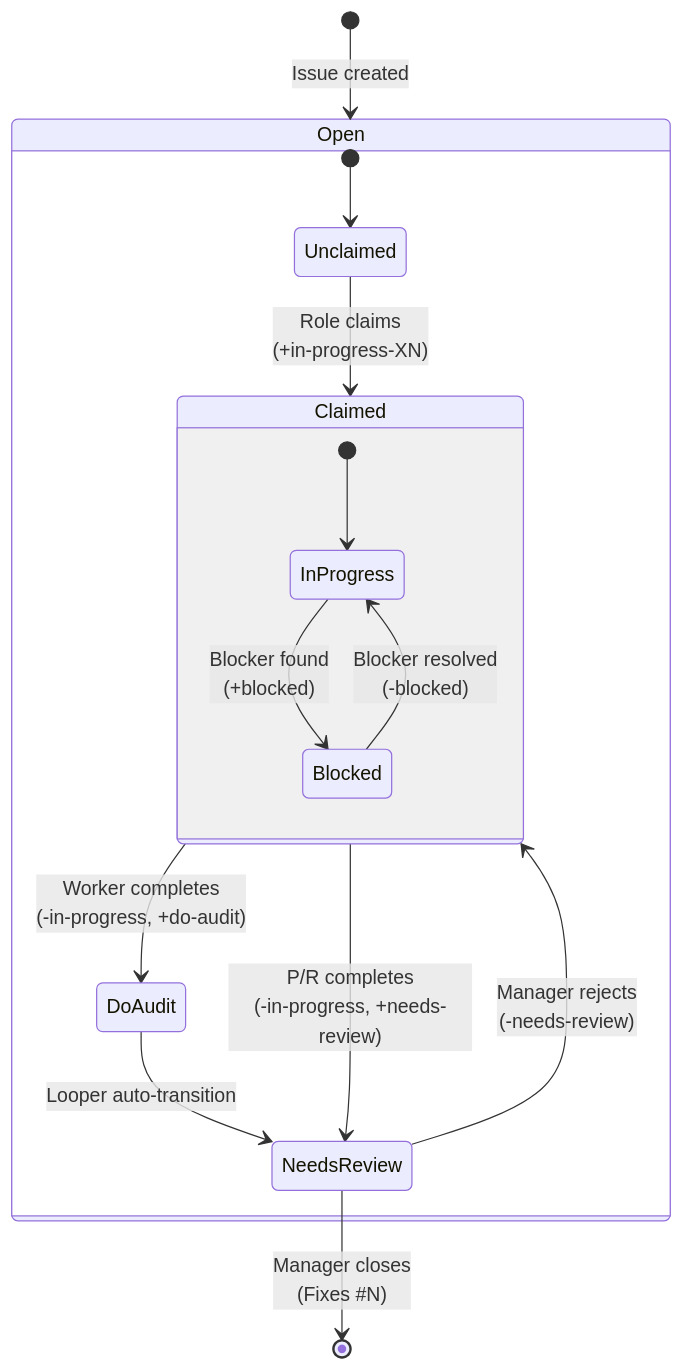
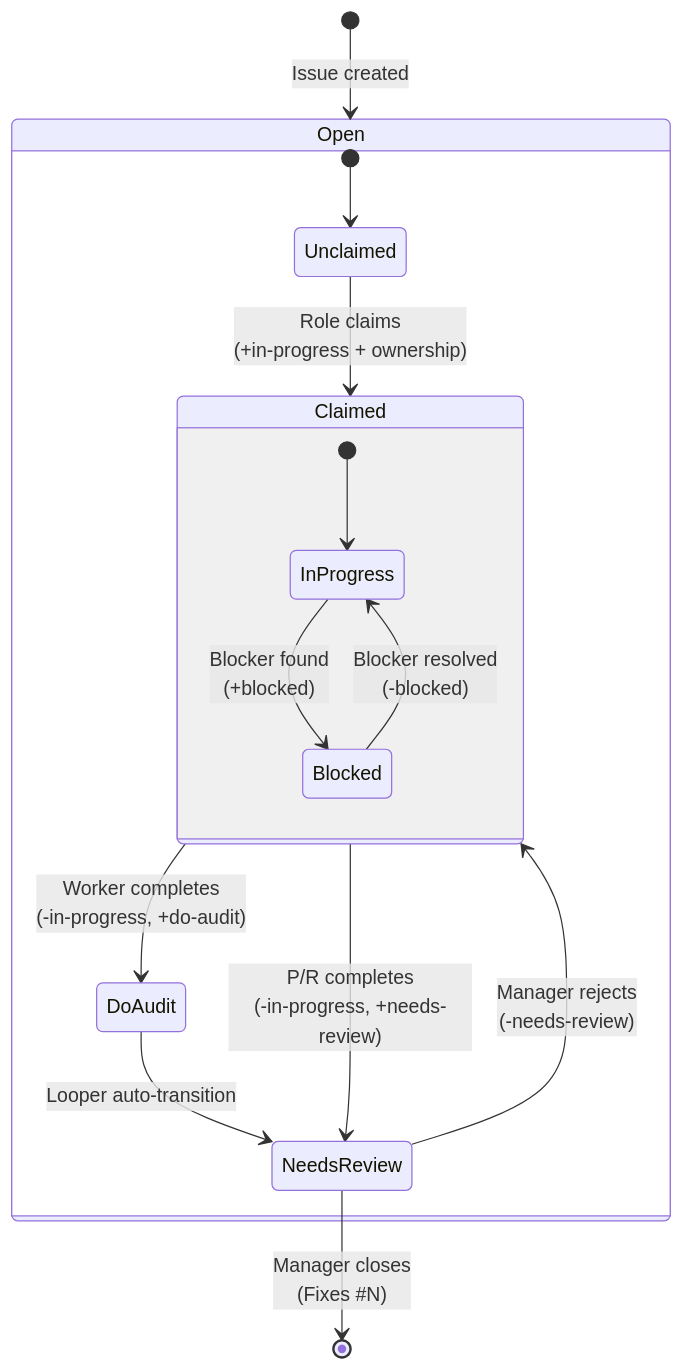
One commit to andrewdyates/llvm2 changed the diagram in diagrams/issue-workflow.md. Above: the diagram before and after it, drawn with Mermaid. The commit also changed other lines of this file and 167 other files, not shown here.

````diff
--- a/diagrams/issue-workflow.md
+++ b/diagrams/issue-workflow.md
@@ -14,22 +14,22 @@
 ```mermaid
 stateDiagram-v2
     [*] --> Open: Issue created
 
     state Open {
         [*] --> Unclaimed
-        Unclaimed --> Claimed: Role claims<br/>(+in-progress-XN)
+        Unclaimed --> Claimed: Role claims<br/>(+in-progress + ownership)
 
         state Claimed {
             [*] --> InProgress
             InProgress --> Blocked: Blocker found<br/>(+blocked)
             Blocked --> InProgress: Blocker resolved<br/>(-blocked)
         }
 
         Claimed --> DoAudit: Worker completes<br/>(-in-progress, +do-audit)
         Claimed --> NeedsReview: P/R completes<br/>(-in-progress, +needs-review)
         DoAudit --> NeedsReview: Looper auto-transition
     }
 
     NeedsReview --> [*]: Manager closes<br/>(Fixes #N)
     NeedsReview --> Claimed: Manager rejects<br/>(-needs-review)
 ```
````
